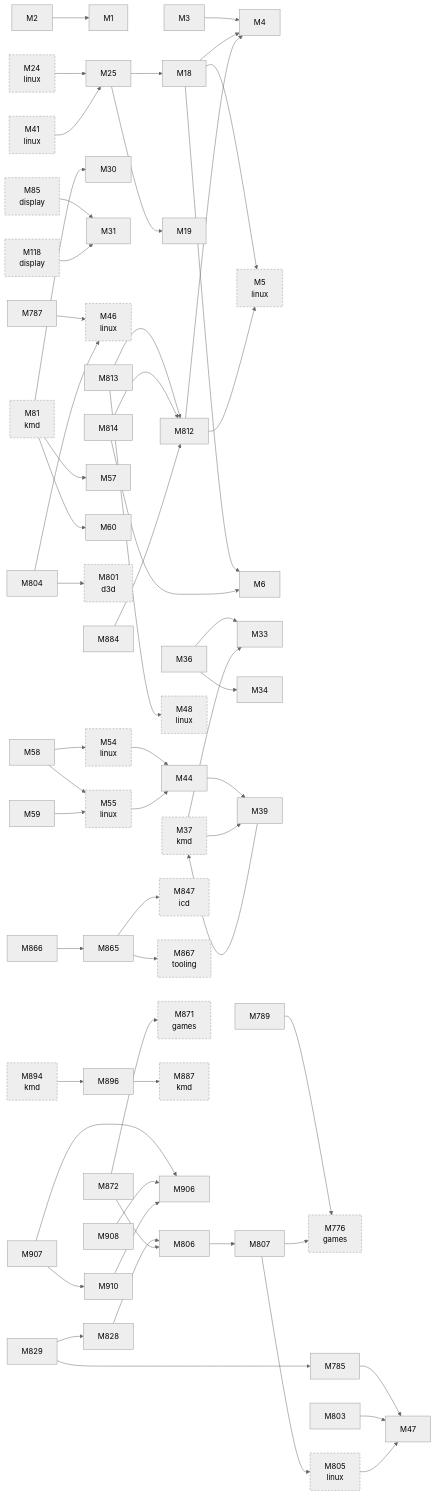
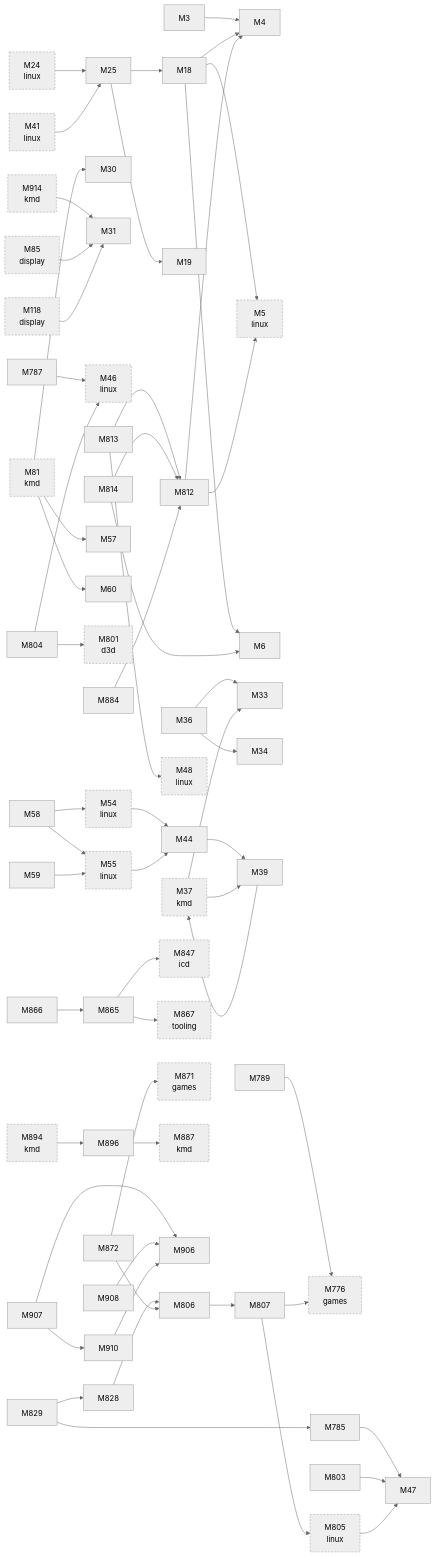
One commit to D-Ogi/amdgpu-wddm changed the second of 3 diagrams in docs/facts/graphs/hardware.md. Above: the diagram before and after it, drawn with Mermaid (neutral theme). The commit also changed 8 other files, not shown here.

````diff
--- a/docs/facts/graphs/hardware.md
+++ b/docs/facts/graphs/hardware.md
@@ -80,7 +80,5 @@
 ```mermaid
 flowchart LR
-  M1["M1"]
-  M2["M2"]
   M3["M3"]
   M4["M4"]
   M5["M5<br/>linux"]
@@ -139,7 +137,7 @@
   M907["M907"]
   M908["M908"]
   M910["M910"]
-  M2 --> M1
+  M914["M914<br/>kmd"]
   M3 --> M4
   M18 --> M4
   M18 --> M5
@@ -188,6 +186,7 @@
   M81 --> M57
   M81 --> M60
   M894 --> M896
+  M914 --> M31
   M85 --> M31
   M118 --> M31
   M24 --> M25
@@ -196,5 +195,5 @@
   M55 --> M44
   M805 --> M47
   classDef other stroke-dasharray:4 3
-  class M5,M24,M37,M41,M46,M48,M54,M55,M81,M85,M118,M776,M801,M805,M847,M867,M871,M887,M894 other
+  class M5,M24,M37,M41,M46,M48,M54,M55,M81,M85,M118,M776,M801,M805,M847,M867,M871,M887,M894,M914 other
 ```
````
